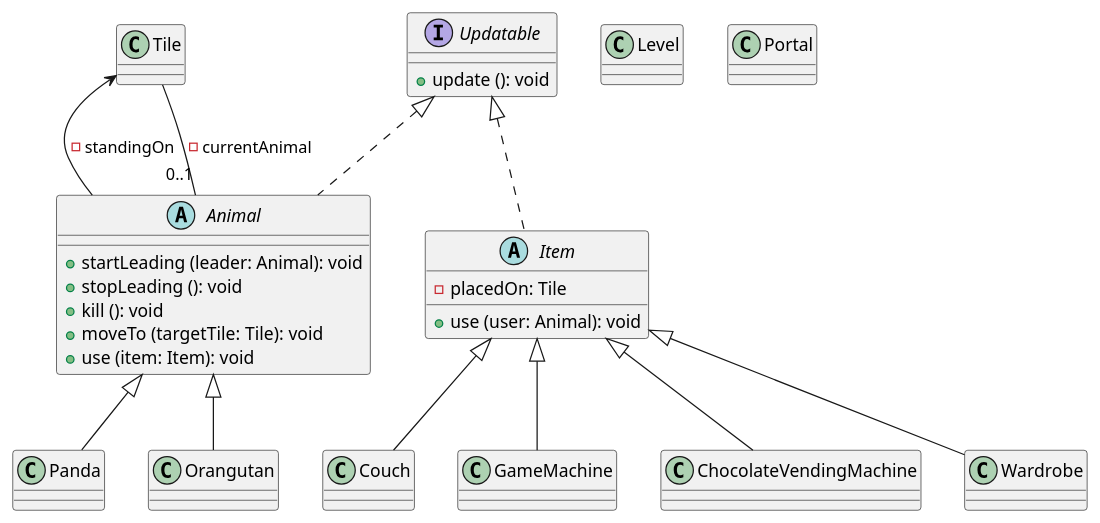
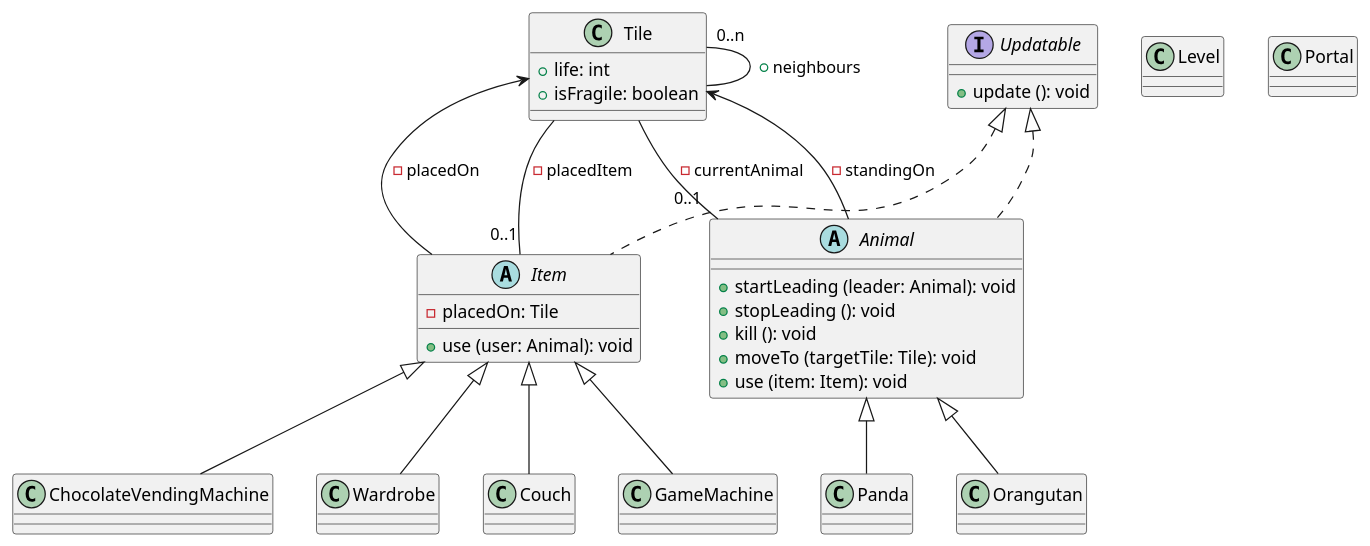
One commit to bokovhu/software-project-laboratory-assignment changed the diagram in 3-analysis-modell/java/ClassDiagram.puml. Above: the diagram before and after it, drawn with PlantUML.

Commit message:
Class diagram

```diff
--- a/3-analysis-modell/java/ClassDiagram.puml
+++ b/3-analysis-modell/java/ClassDiagram.puml
@@ -1,60 +1,67 @@
 @startuml
 
 class Tile {
+    +life: int
+    +isFragile: boolean
 }
+
+Tile "0..n" -- Tile : +neighbours
 
 interface Updatable {
     +update (): void
 }
 
 abstract class Animal {
     +startLeading (leader: Animal): void
     +stopLeading (): void
     +kill (): void
     +moveTo (targetTile: Tile): void
     +use (item: Item): void
 }
 
 Tile <-- Animal : -standingOn
 Animal "0..1" -- Tile : -currentAnimal
 
 abstract class Item {
     -placedOn: Tile
     +use (user: Animal): void
 }
+
+Tile <-- Item : -placedOn
+Item "0..1" -- Tile : -placedItem
 
 Updatable <|.. Animal
 Updatable <|.. Item
 
 class Level
 
 class Panda {
 }
 
 class Orangutan {
 }
 
 Animal <|-- Panda
 Animal <|-- Orangutan
 
 class Couch {
 }
 
 class GameMachine {
 }
 
 class ChocolateVendingMachine {
 }
 
 class Wardrobe {
 }
 
 Item <|-- Couch
 Item <|-- GameMachine
 Item <|-- ChocolateVendingMachine
 Item <|-- Wardrobe
 
 class Portal
 
 
 @enduml
```
